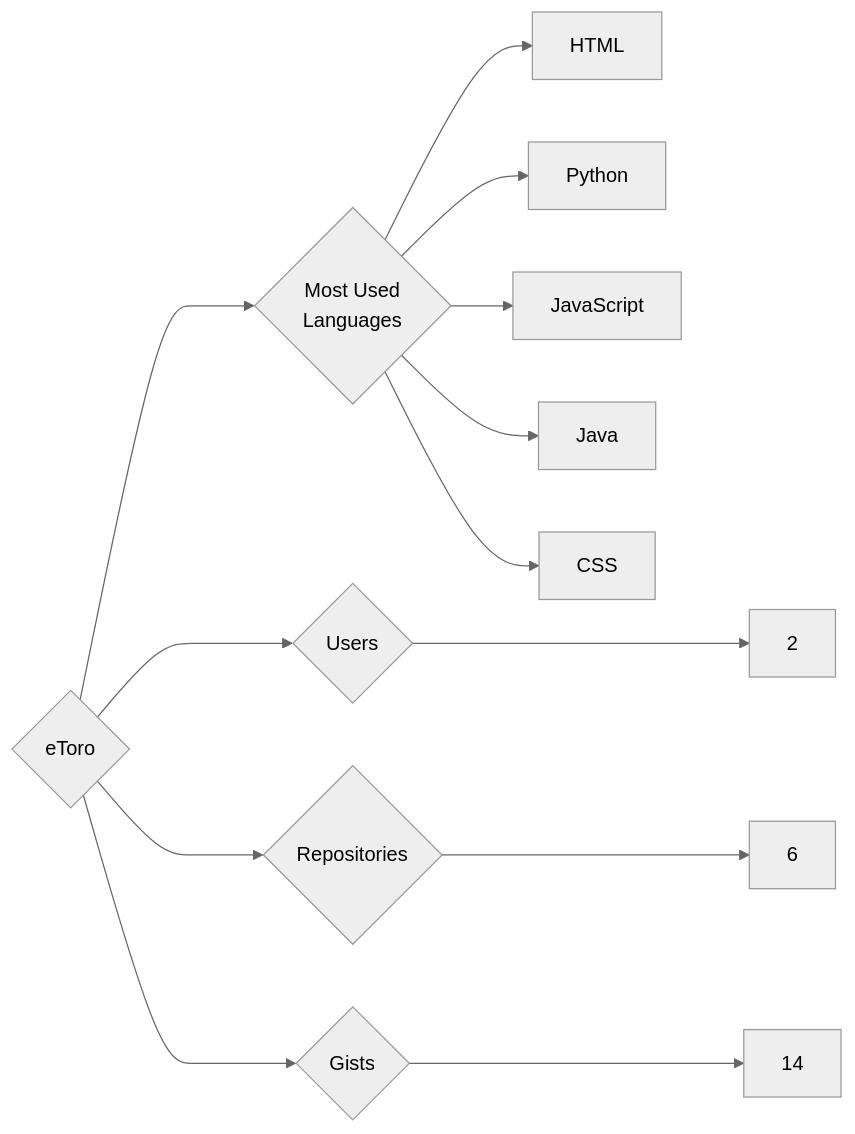
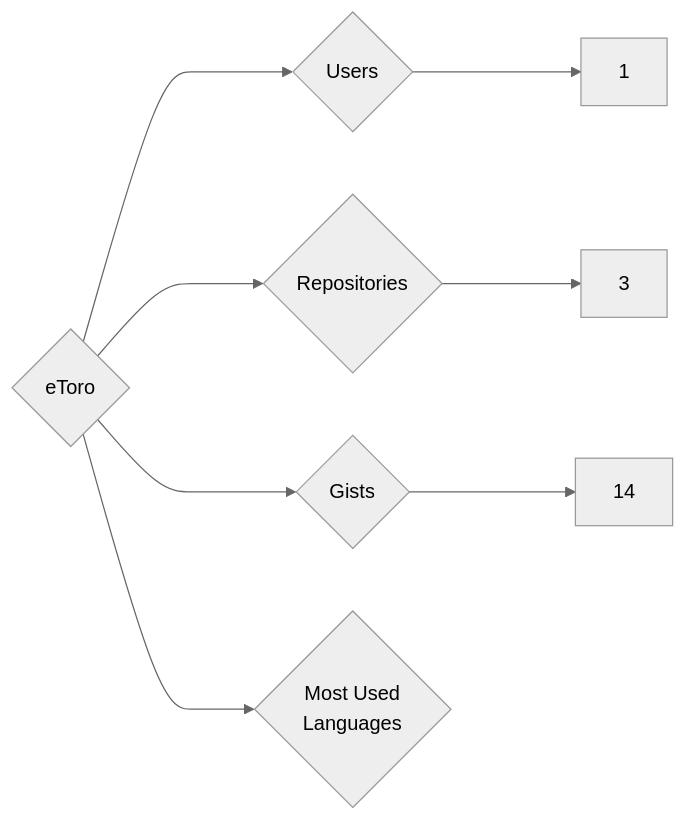
One commit to trickest/insiders changed the diagram in targets/eToro/README.md. Above: the diagram before and after it, drawn with Mermaid (neutral theme). The commit also changed 724 other files, not shown here.

````diff
--- a/targets/eToro/README.md
+++ b/targets/eToro/README.md
@@ -3,13 +3,8 @@
 ```mermaid
 graph LR
 COMPANY_NAME{eToro}
-COMPANY_NAME ---> U{Users} ---> UN[2]
-COMPANY_NAME ---> R{Repositories} ---> RN[6]
+COMPANY_NAME ---> U{Users} ---> UN[1]
+COMPANY_NAME ---> R{Repositories} ---> RN[3]
 COMPANY_NAME ---> G{Gists} ---> GN[14]
 COMPANY_NAME ---> ML{Most Used<br>Languages}
-ML --> HTML[HTML]
-ML --> Python[Python]
-ML --> JavaScript[JavaScript]
-ML --> Java[Java]
-ML --> CSS[CSS]
 ```
````
